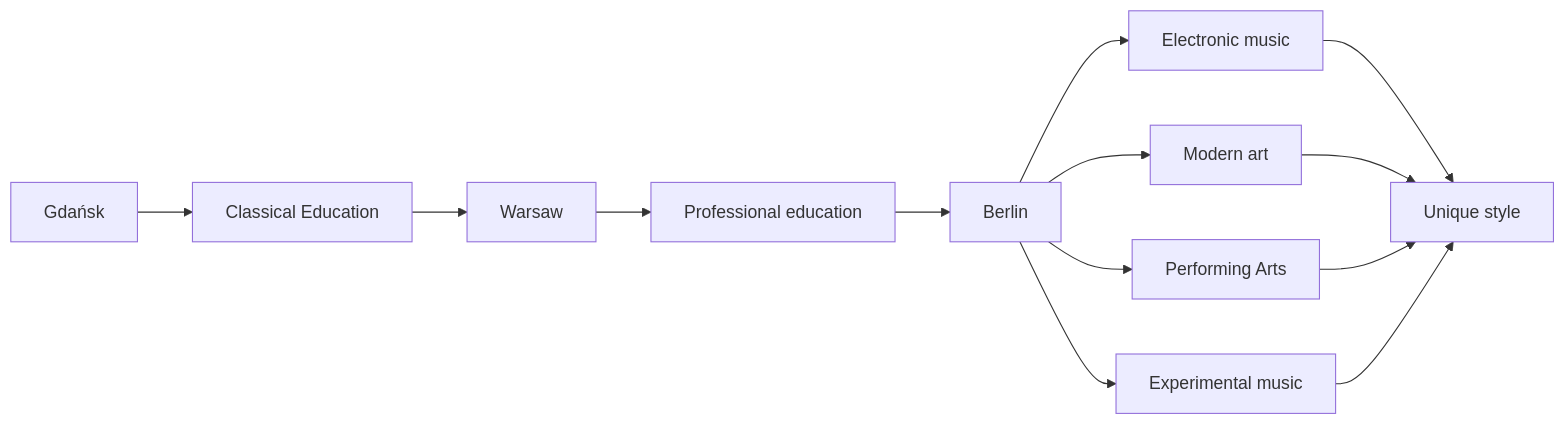
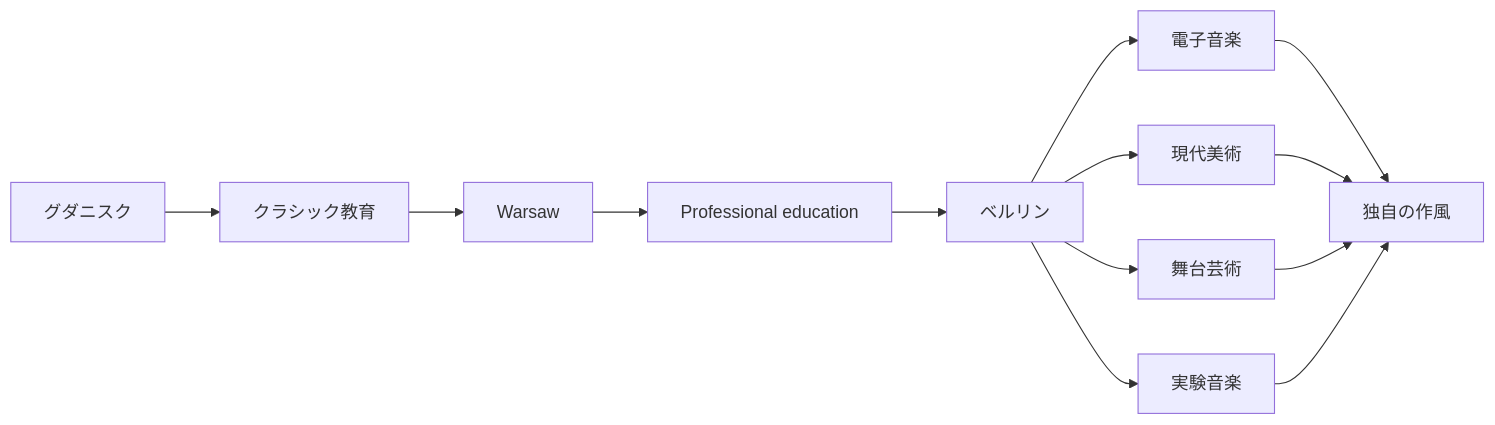
The second of 13 diagrams in en/_posts/2026-08-05-column-hania-rani.md (monumental-movement/monumental-movement.github.io), drawn with Mermaid before and after one commit. The commit also changed other lines of this file and 2196 other files, not shown here.

```diff
--- a/en/_posts/2026-08-05-column-hania-rani.md
+++ b/en/_posts/2026-08-05-column-hania-rani.md
@@ -272,20 +272,20 @@
 <div class="mermaid">
 graph LR
 
-A["Gdańsk"] --> B["Classical Education"]
+A["グダニスク"] --> B["クラシック教育"]
 B --> C["Warsaw"]
 C --> D["Professional education"]
 
-D --> E["Berlin"]
+D --> E["ベルリン"]
 
-E --> F["Electronic music"]
-E --> G["Modern art"]
-E --> H["Performing Arts"]
-E --> I["Experimental music"]
+E --> F["電子音楽"]
+E --> G["現代美術"]
+E --> H["舞台芸術"]
+E --> I["実験音楽"]
 
-F --> J["Unique style"]
+F --> J["独自の作風"]
 G --> J
 H --> J
 I --> J
 
 </div>
```
